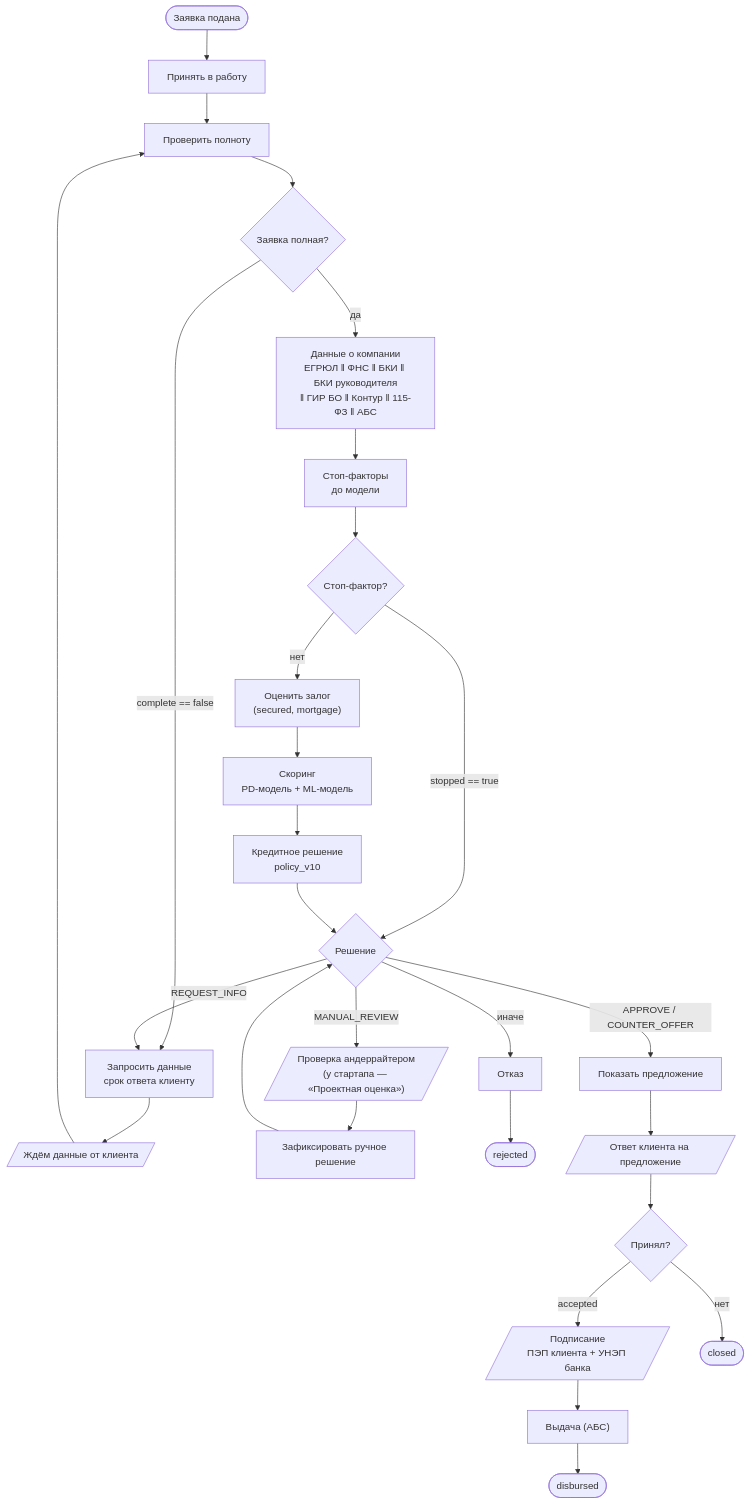
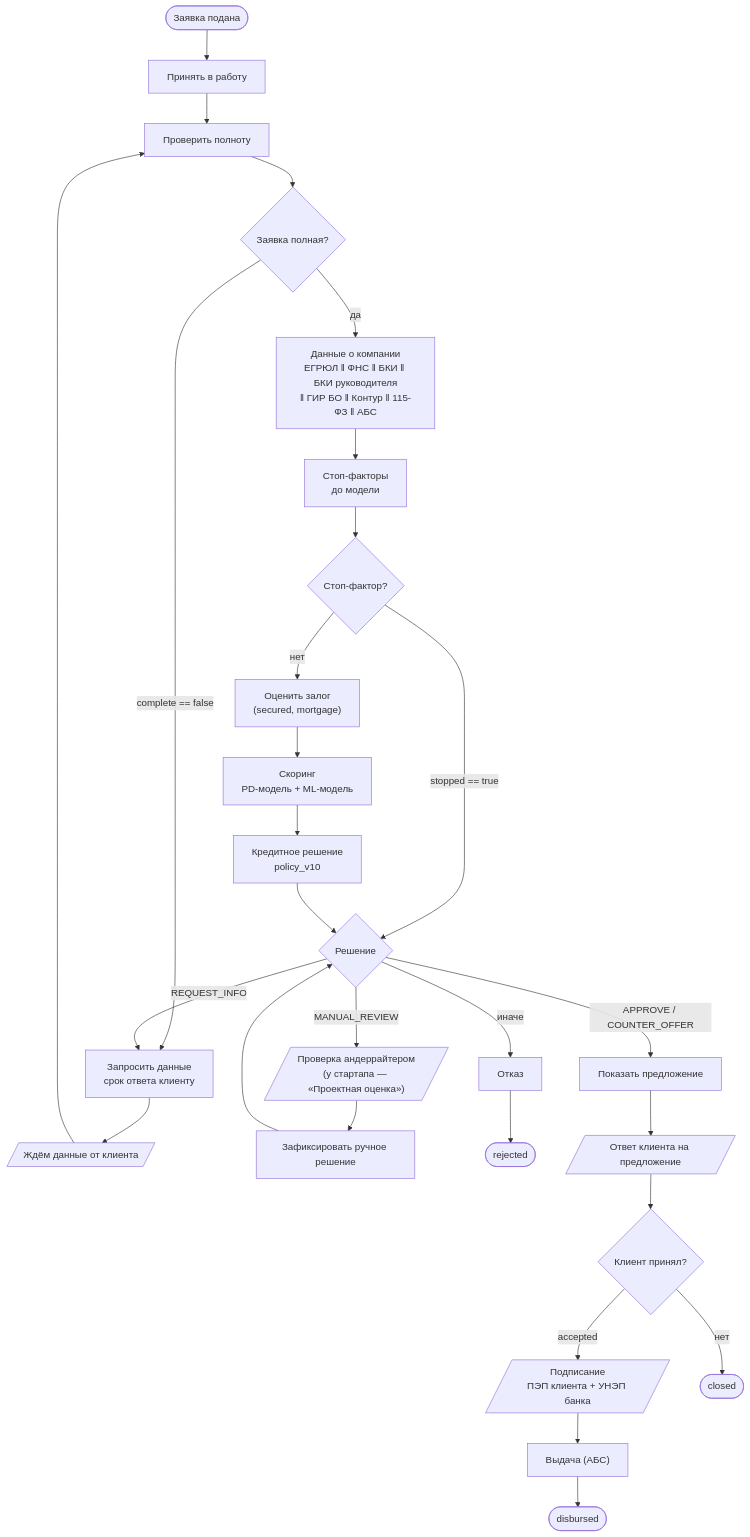
The second of 5 diagrams in docs/process/bpmn.md (1nsanexeEZ/hackaton_alfabank_2026), drawn with Mermaid before and after one commit. The commit also changed other lines of this file and 2 other files, not shown here.

First line of the commit message:
docs: bpmn.md — та же схема, что в architecture.drawio

````diff
--- a/docs/process/bpmn.md
+++ b/docs/process/bpmn.md
@@ -50,27 +85,27 @@
 ```mermaid
 flowchart TD
     START([Заявка подана]) --> SR[Принять в работу]
     SR --> CC[Проверить полноту]
     CC --> GC{Заявка полная?}
     GC -- "complete == false" --> RI["Запросить данные<br/>срок ответа клиенту"]
     RI --> WCI[/"Ждём данные от клиента"/]
     WCI --> CC
     GC -- да --> FE["Данные о компании<br/>ЕГРЮЛ ‖ ФНС ‖ БКИ ‖ БКИ руководителя<br/>‖ ГИР БО ‖ Контур ‖ 115-ФЗ ‖ АБС"]
     FE --> CSF["Стоп-факторы<br/>до модели"]
     CSF --> GS{Стоп-фактор?}
     GS -- "stopped == true" --> GO
     GS -- нет --> AC["Оценить залог<br/>(secured, mortgage)"]
     AC --> SC["Скоринг<br/>PD-модель + ML-модель"]
     SC --> MD["Кредитное решение<br/>policy_v10"]
     MD --> GO{Решение}
     GO -- "APPROVE / COUNTER_OFFER" --> PO[Показать предложение]
     GO -- REQUEST_INFO --> RI
     GO -- MANUAL_REVIEW --> UR[/"Проверка андеррайтером<br/>(у стартапа — «Проектная оценка»)"/]
     UR --> RMD[Зафиксировать ручное решение] --> GO
     GO -- иначе --> REJ[Отказ] --> E1([rejected])
     PO --> WOA[/"Ответ клиента на предложение"/]
-    WOA --> GA{Принял?}
+    WOA --> GA{Клиент принял?}
     GA -- "accepted" --> WS[/"Подписание<br/>ПЭП клиента + УНЭП банка"/]
     GA -- нет --> E2([closed])
     WS --> DIS["Выдача (АБС)"] --> E3([disbursed])
 ```
````
